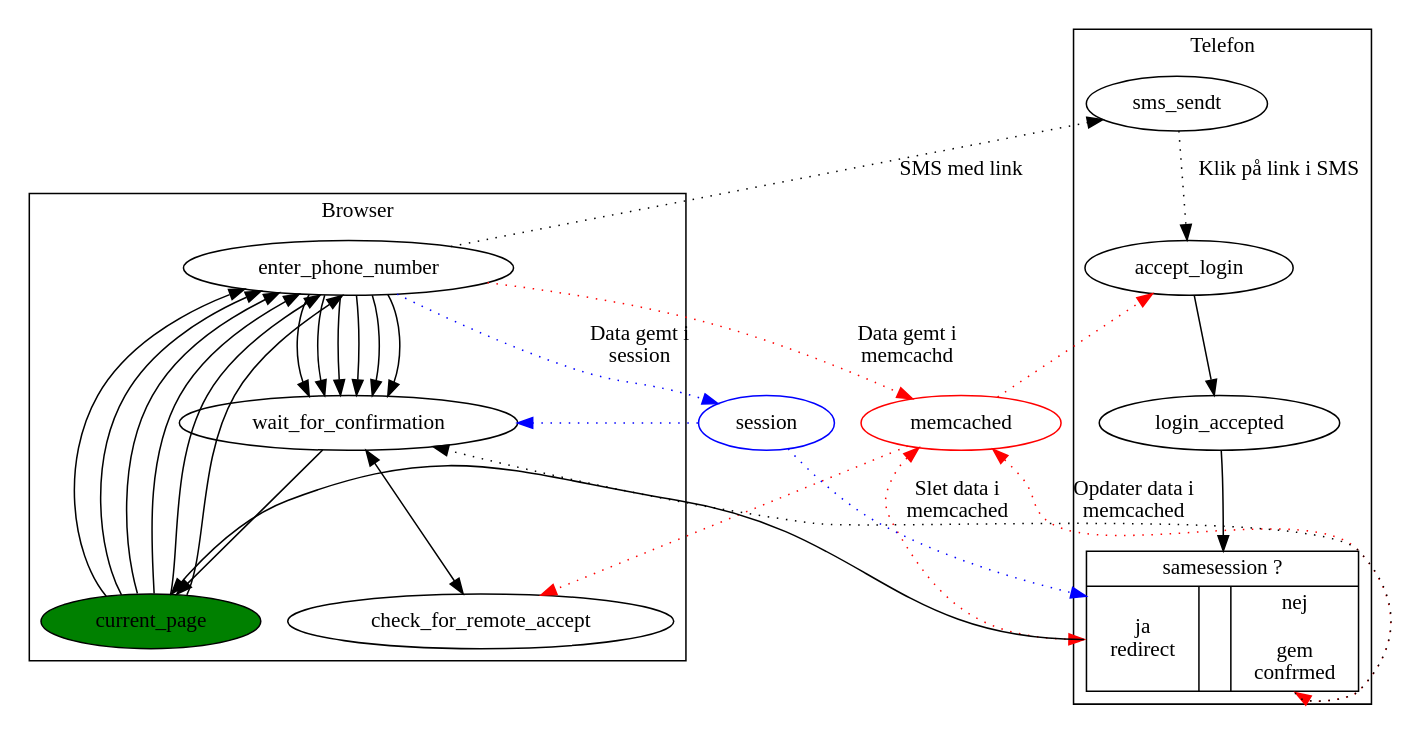
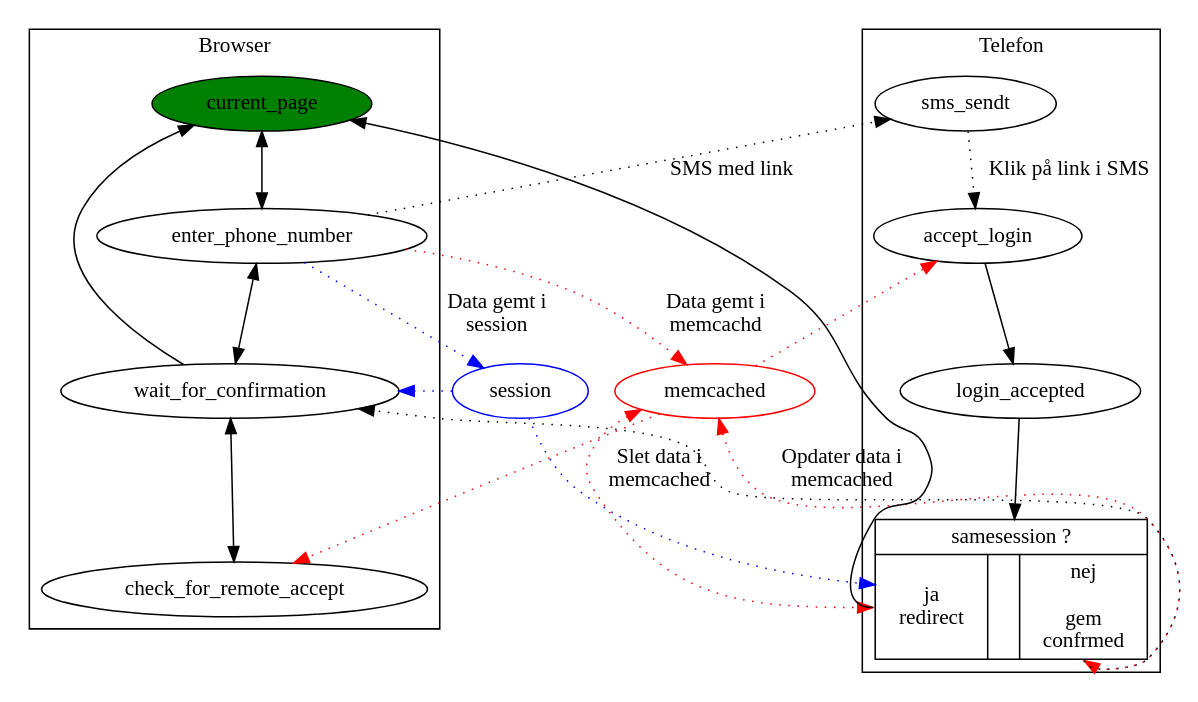
Before and after one commit to alslug/alslug.dk: the diagram in projekter/sms-login.dot, drawn with Graphviz.

```diff
--- a/projekter/sms-login.dot
+++ b/projekter/sms-login.dot
@@ -1,51 +1,45 @@
 digraph xxx {
   {
     edge [ color=red style=dotted ];
 ////////////////////////////////////////////////////////////////////////////////////////////
     enter_phone_number -> memcached [ label="Data gemt i \nmemcachd"]; /////
                           memcached [ color = red ];
                           memcached -> check_for_remote_accept;
                           memcached -> accept_login;
                           memcached -> same_session:ja [ label = "Slet data i \nmemcached" dir=both ];
                           memcached -> same_session:nej [ label = "Opdater data i \nmemcached" dir=both ];
 ////////////////////////////////////////////////////////////////////////////////////////////
   }
   {
     edge [ color=blue style=dotted ];
 ////////////////////////////////////////////////////////////////////////////////////////////
         enter_phone_number -> session [ label="Data gemt i \nsession"];    /////
                               session [ color = blue ];
                               session -> wait_for_confirmation;
                               session -> same_session;
 ////////////////////////////////////////////////////////////////////////////////////////////
   }
   subgraph cluster_browser {
     label = "Browser";
 
     current_page [ style=filled fillcolor=green ];
     current_page ->
           enter_phone_number ->
                 wait_for_confirmation ->
-                      current_page;
-                wait_for_confirmation ->
                       check_for_remote_accept [ dir=both ];
-    current_page -> enter_phone_number -> wait_for_confirmation;
-    current_page -> enter_phone_number -> wait_for_confirmation;
-    current_page -> enter_phone_number -> wait_for_confirmation;
-    current_page -> enter_phone_number -> wait_for_confirmation;
-    current_page -> enter_phone_number -> wait_for_confirmation;
+    current_page -> wait_for_confirmation [ dir=back ];
   }
   subgraph cluster_telefon {
     label = "Telefon";
     same_session [ shape=record label="{samesession ?|{<ja> ja\nredirect| &nbsp; |<nej> nej\n\ngem\nconfrmed}}" ];
     sms_sendt ->
           accept_login [ style=dotted label="Klik på link i SMS" ];
           accept_login ->
                 login_accepted->
                       same_session;
                       same_session:ja -> current_page;
                       same_session:nej -> wait_for_confirmation [ style=dotted ];
   }
   
   enter_phone_number -> sms_sendt [ style= dotted label="SMS med link"];
 }
```
